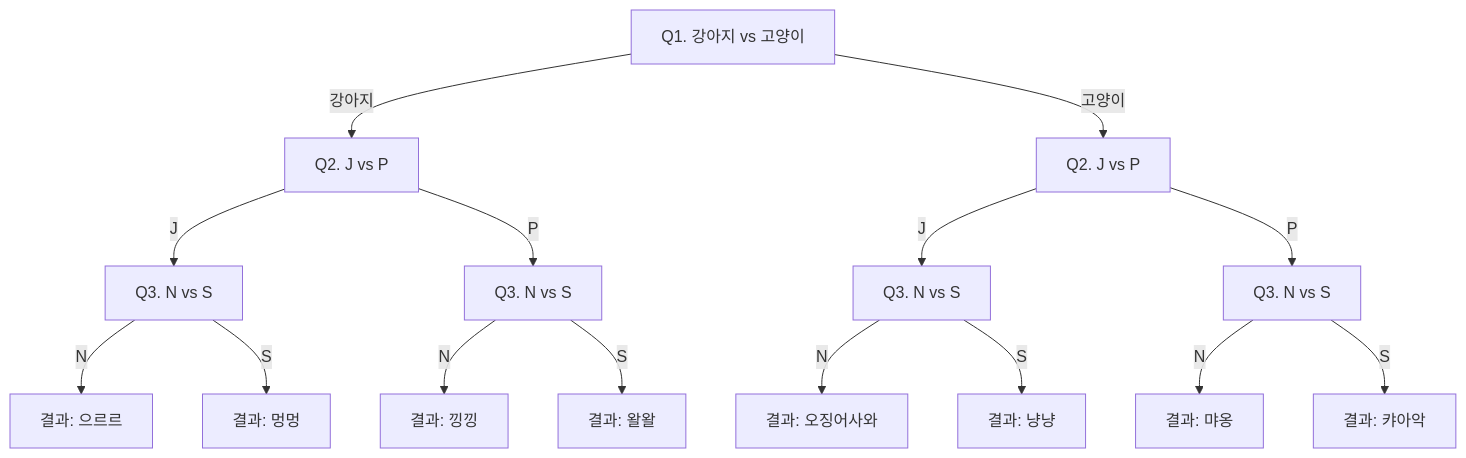
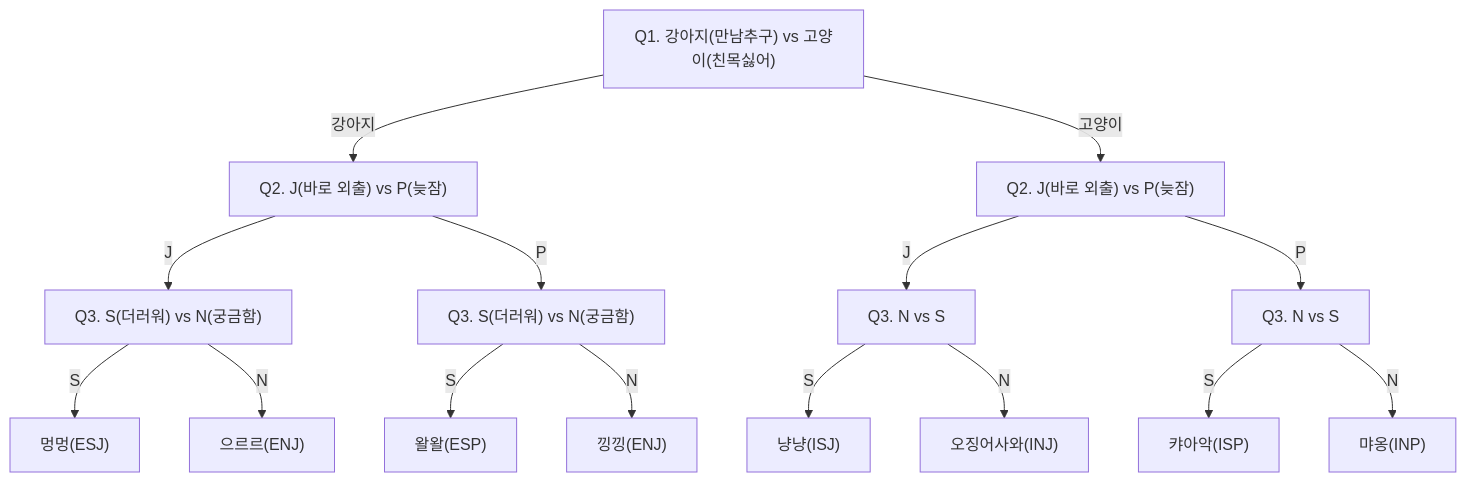
One commit to whyoftenno/kunimal_type_test changed the diagram in flowchart.md. Above: the diagram before and after it, drawn with Mermaid.

````diff
--- a/flowchart.md
+++ b/flowchart.md
@@ -1,21 +1,21 @@
 ```mermaid
 graph TD
-  Q1["Q1. 강아지 vs 고양이"] -->|강아지| Q2A["Q2. J vs P"]
-  Q1 -->|고양이| Q2B["Q2. J vs P"]
+  Q1["Q1. 강아지(만남추구) vs 고양이(친목싫어)"] -->|강아지| Q2A["Q2. J(바로 외출) vs P(늦잠)"]
+  Q1 -->|고양이| Q2B["Q2. J(바로 외출) vs P(늦잠)"]
 
-  Q2A -->|J| Q3A["Q3. N vs S"]
-  Q2A -->|P| Q3B["Q3. N vs S"]
+  Q2A -->|J| Q3A["Q3. S(더러워) vs N(궁금함)"]
+  Q2A -->|P| Q3B["Q3. S(더러워) vs N(궁금함)"]
 
-  Q3A -->|N| R1["결과: 으르르"]
-  Q3A -->|S| R2["결과: 멍멍"]
-  Q3B -->|N| R3["결과: 낑낑"]
-  Q3B -->|S| R4["결과: 왈왈"]
+  Q3A -->|S| R1["멍멍(ESJ)"]
+  Q3A -->|N| R2["으르르(ENJ)"]
+  Q3B -->|S| R3["왈왈(ESP)"]
+  Q3B -->|N| R4["낑낑(ENJ)"]
 
   Q2B -->|J| Q3C["Q3. N vs S"]
   Q2B -->|P| Q3D["Q3. N vs S"]
 
-  Q3C -->|N| R5["결과: 오징어사와"]
-  Q3C -->|S| R6["결과: 냥냥"]
-  Q3D -->|N| R7["결과: 먀옹"]
-  Q3D -->|S| R8["결과: 캬아악"]
+  Q3C -->|S| R5["냥냥(ISJ)"]
+  Q3C -->|N| R6["오징어사와(INJ)"]
+  Q3D -->|S| R7["캬아악(ISP)"]
+  Q3D -->|N| R8["먀옹(INP)"]
 ```
````
